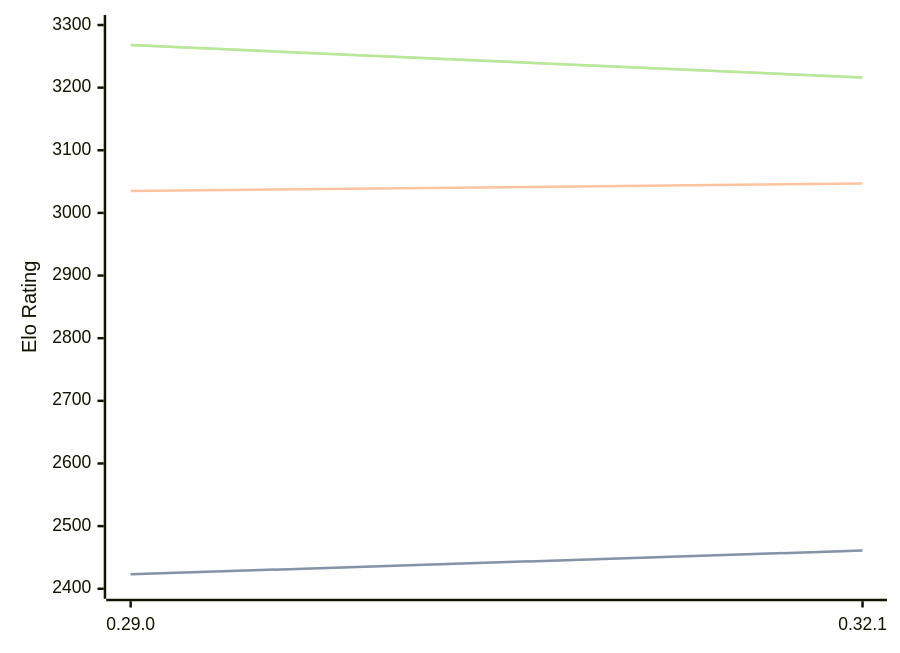
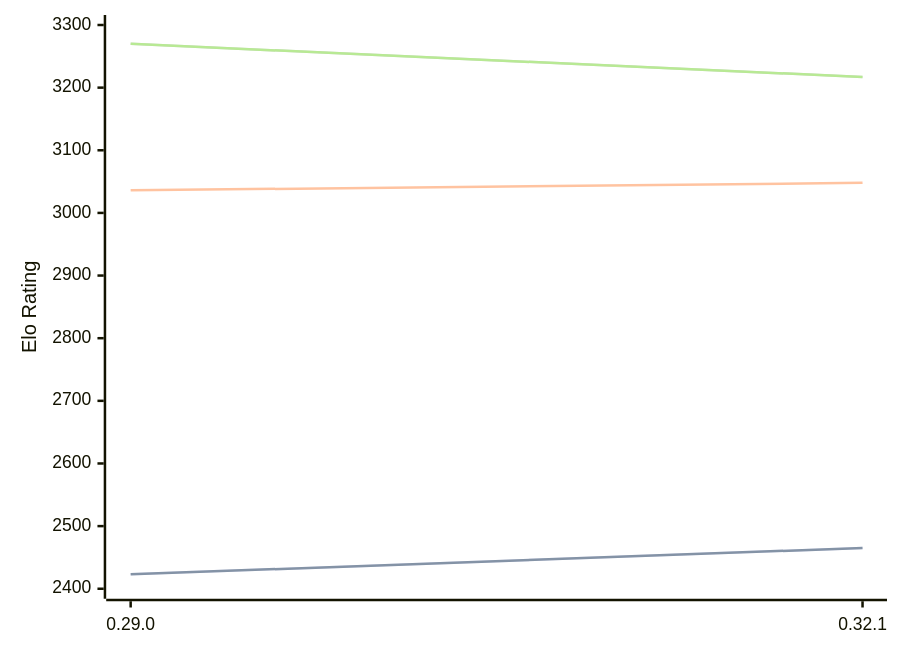
One commit to computer-chess-index/cci changed the diagram in engines/Lc0.md. Above: the diagram before and after it, drawn with Mermaid. The commit also changed other lines of this file, not shown here.

Commit message:
Update CCI Ratings (ELO VLTC) - 2026-05-01

````diff
--- a/engines/Lc0.md
+++ b/engines/Lc0.md
@@ -68,11 +68,11 @@
 ```mermaid
 %%{init: {"theme":"base","themeVariables":{"seriesColors:['#a3a3a3','#222221','#faa371']}}}%%
 xychart-beta
   x-axis ["0.29.0", "0.32.1"]
   y-axis "Elo Rating" 2400 --> 3300
-  line "STC (8.0+0.08s)" [2423, 2461]
-  line "STC (8.0+0.08s)" [2423, 2461]
-  line "LTC (60.0+0.60s)" [3035, 3047]
-  line "VLTC (2m24s+1.12s)" [3268, 3216]
-  line "VLTC (2m24s+1.12s)" [3268, 3216]
+  line "STC (8.0+0.08s)" [2423, 2465]
+  line "STC (8.0+0.08s)" [2423, 2465]
+  line "LTC (60.0+0.60s)" [3036, 3048]
+  line "VLTC (2m24s+1.12s)" [3270, 3217]
+  line "VLTC (2m24s+1.12s)" [3270, 3217]
 ```
````
